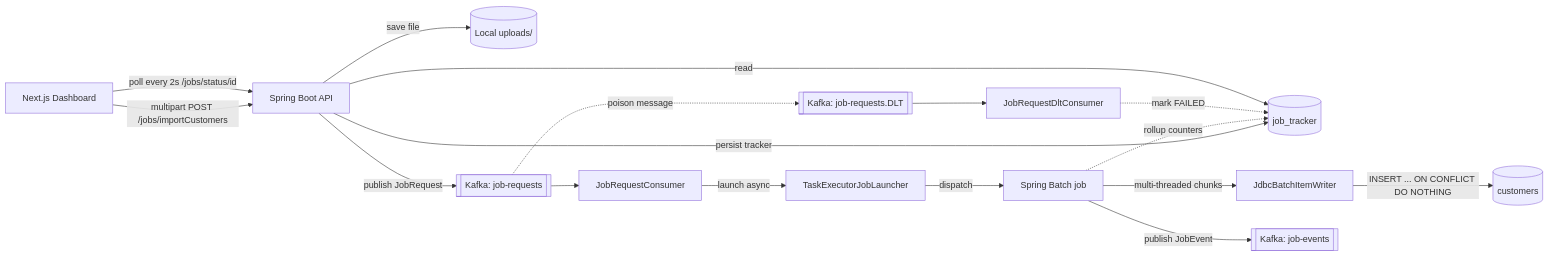
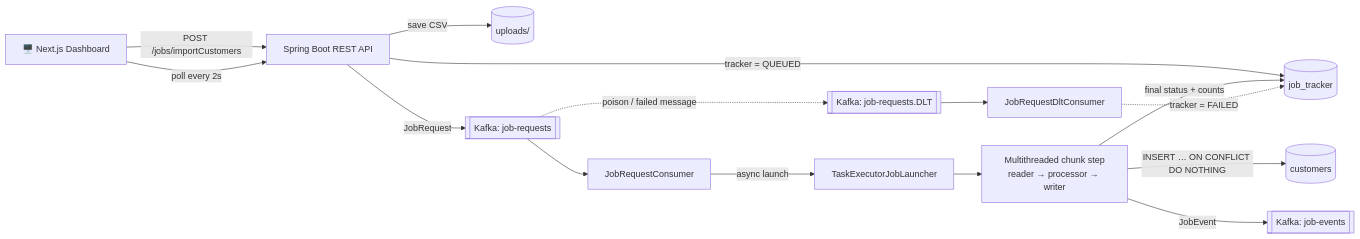
Before and after one commit to Yaswanth6303/rtdps: the diagram in README.md, drawn with Mermaid. The commit also changed other lines of this file and 1 other file, not shown here.

````diff
--- a/README.md
+++ b/README.md
@@ -15,19 +83,20 @@
 ```mermaid
 flowchart LR
-    UI[Next.js Dashboard] -->|multipart POST /jobs/importCustomers| API[Spring Boot API]
-    API -->|save file| FS[(Local uploads/)]
-    API -->|persist tracker| JT[(job_tracker)]
-    API -->|publish JobRequest| KREQ[[Kafka: job-requests]]
-    KREQ --> CONS[JobRequestConsumer]
-    CONS -->|launch async| LAUNCH[TaskExecutorJobLauncher]
-    LAUNCH -->|dispatch| JOB[Spring Batch job]
-    JOB -->|multi-threaded chunks| WR[JdbcBatchItemWriter]
-    WR -->|INSERT ... ON CONFLICT DO NOTHING| PG[(customers)]
-    JOB -.->|rollup counters| JT
-    JOB -->|publish JobEvent| KEV[[Kafka: job-events]]
-    KREQ -. poison message .-> DLT[[Kafka: job-requests.DLT]]
-    DLT --> DCONS[JobRequestDltConsumer]
-    DCONS -.->|mark FAILED| JT
-    UI -->|poll every 2s /jobs/status/id| API
-    API -->|read| JT
+    UI["🖥️ Next.js Dashboard"] -->|"POST /jobs/importCustomers"| API["Spring Boot REST API"]
+    API -->|save CSV| FS[("uploads/")]
+    API -->|"tracker = QUEUED"| JT[("job_tracker")]
+    API -->|JobRequest| KREQ[["Kafka: job-requests"]]
+
+    KREQ --> CONS["JobRequestConsumer"]
+    CONS -->|async launch| LAUNCH["TaskExecutorJobLauncher"]
+    LAUNCH --> STEP["Multithreaded chunk step<br/>reader → processor → writer"]
+    STEP -->|"INSERT … ON CONFLICT DO NOTHING"| PG[("customers")]
+    STEP -->|"final status + counts"| JT
+    STEP -->|JobEvent| KEV[["Kafka: job-events"]]
+
+    KREQ -. "poison / failed message" .-> DLT[["Kafka: job-requests.DLT"]]
+    DLT --> DCONS["JobRequestDltConsumer"]
+    DCONS -.->|"tracker = FAILED"| JT
+
+    UI -->|"poll every 2s"| API
 ```
````
